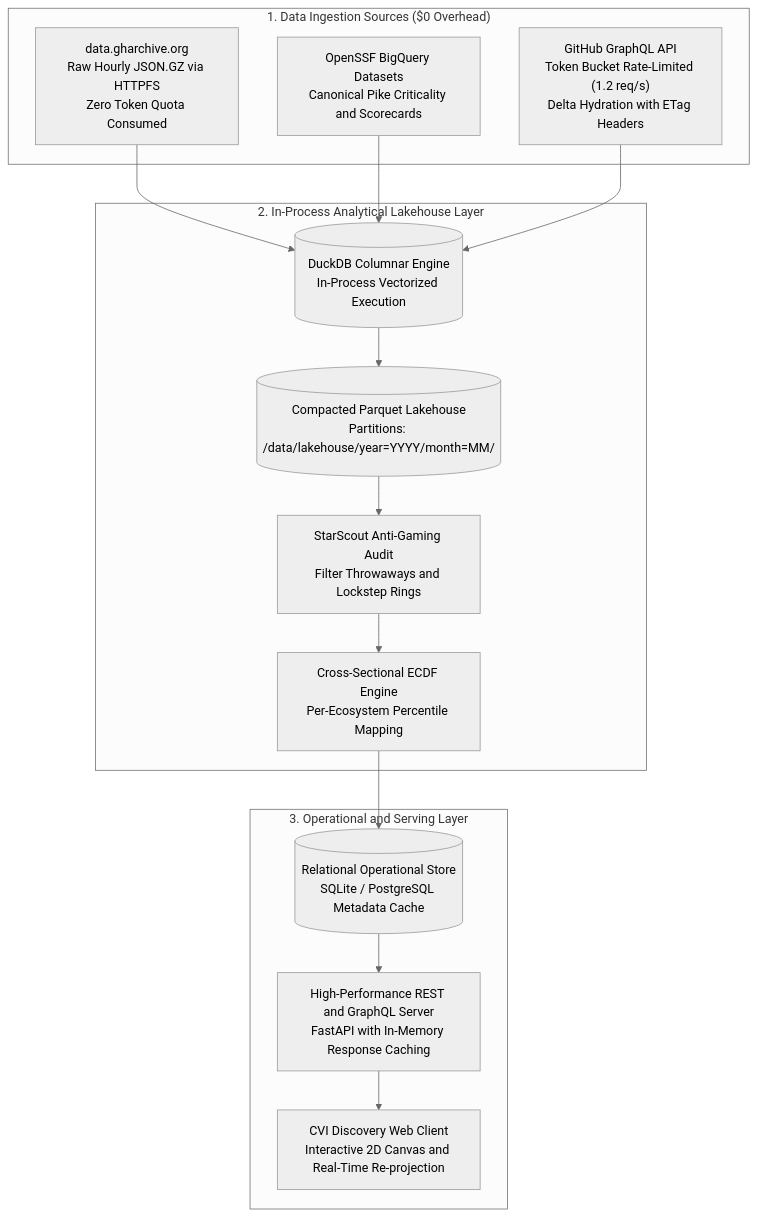
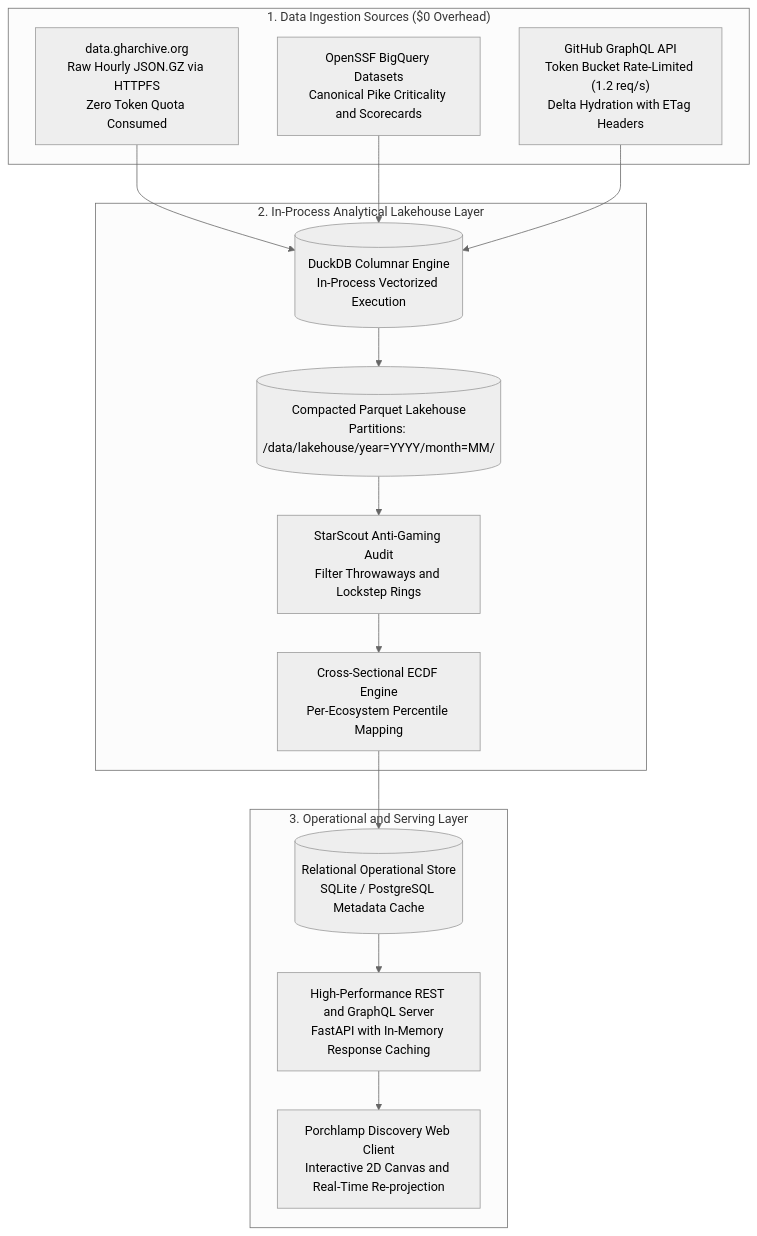
Before and after one commit to pctablet505/porchlamp-engine: the fourth of 13 diagrams in docs/ARCHITECTURE.md, drawn with Mermaid (neutral theme). The commit also changed other lines of this file and 643 other files, not shown here.

````diff
--- a/docs/ARCHITECTURE.md
+++ b/docs/ARCHITECTURE.md
@@ -330,33 +330,33 @@
 ```mermaid
 flowchart TD
     subgraph IngestionSources ["1. Data Ingestion Sources ($0 Overhead)"]
         GHA["data.gharchive.org<br/>Raw Hourly JSON.GZ via HTTPFS<br/>Zero Token Quota Consumed"]
         BQ["OpenSSF BigQuery Datasets<br/>Canonical Pike Criticality and Scorecards"]
         GQL["GitHub GraphQL API<br/>Token Bucket Rate-Limited (1.2 req/s)<br/>Delta Hydration with ETag Headers"]
     end
 
     subgraph AnalyticalLakehouse ["2. In-Process Analytical Lakehouse Layer"]
         DuckDB[("DuckDB Columnar Engine<br/>In-Process Vectorized Execution")]
         Parquet[("Compacted Parquet Lakehouse<br/>Partitions: /data/lakehouse/year=YYYY/month=MM/")]
         StarScoutAudit["StarScout Anti-Gaming Audit<br/>Filter Throwaways and Lockstep Rings"]
         ECDFEngine["Cross-Sectional ECDF Engine<br/>Per-Ecosystem Percentile Mapping"]
     end
 
     subgraph OperationalServing ["3. Operational and Serving Layer"]
         MetaDB[("Relational Operational Store<br/>SQLite / PostgreSQL Metadata Cache")]
         APIServer["High-Performance REST and GraphQL Server<br/>FastAPI with In-Memory Response Caching"]
-        WebClient["CVI Discovery Web Client<br/>Interactive 2D Canvas and Real-Time Re-projection"]
+        WebClient["Porchlamp Discovery Web Client<br/>Interactive 2D Canvas and Real-Time Re-projection"]
     end
 
     GHA --> DuckDB
     BQ --> DuckDB
     GQL --> DuckDB
 
     DuckDB --> Parquet
     Parquet --> StarScoutAudit
     StarScoutAudit --> ECDFEngine
     ECDFEngine --> MetaDB
 
     MetaDB --> APIServer
     APIServer --> WebClient
 ```
````
